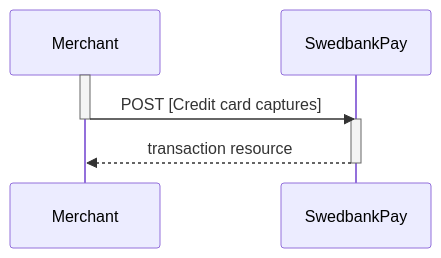
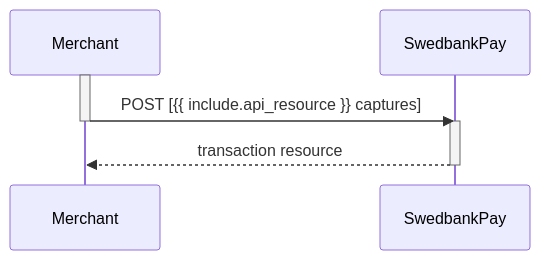
One commit to SwedbankPay/developer.swedbankpay.com changed the diagram in _includes/capture.md. Above: the diagram before and after it, drawn with Mermaid. The commit also changed 6 other files, not shown here.

````diff
--- a/_includes/capture.md
+++ b/_includes/capture.md
@@ -112,7 +112,7 @@
 ```mermaid
 sequenceDiagram
   activate Merchant
-  Merchant->>-SwedbankPay: POST [Credit card captures]
+  Merchant->>-SwedbankPay: POST [{{ include.api_resource }} captures]
   activate SwedbankPay
   SwedbankPay-->>-Merchant: transaction resource
 ```
````
